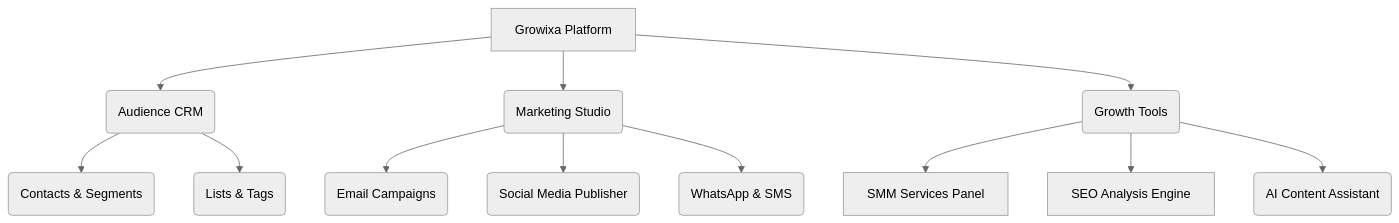
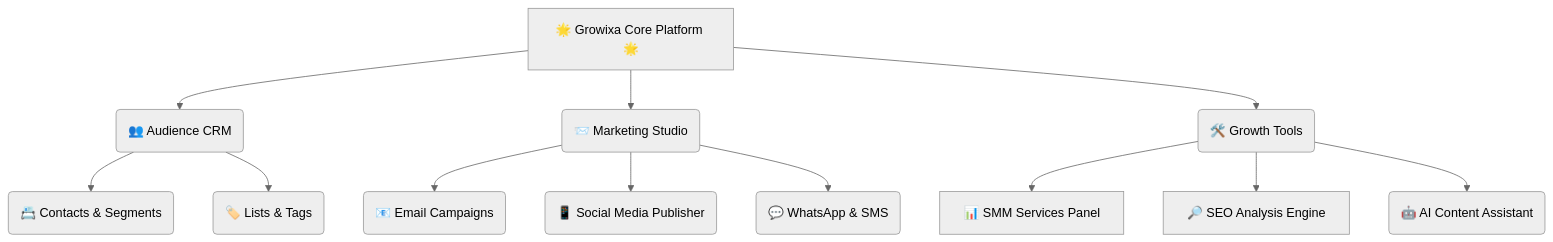
Before and after one commit to Itssushmasharma/growixa_project: the diagram in README.md, drawn with Mermaid (neutral theme). The commit also changed other lines of this file, not shown here.

````diff
--- a/README.md
+++ b/README.md
@@ -12,17 +13,17 @@
 ```mermaid
 graph TD
-    A[Growixa Platform] --> B(Audience CRM)
-    A --> C(Marketing Studio)
-    A --> D(Growth Tools)
+    A[🌟 Growixa Core Platform 🌟] --> B(👥 Audience CRM)
+    A --> C(📨 Marketing Studio)
+    A --> D(🛠️ Growth Tools)
     
-    B --> B1(Contacts & Segments)
-    B --> B2(Lists & Tags)
+    B --> B1(📇 Contacts & Segments)
+    B --> B2(🏷️ Lists & Tags)
     
-    C --> C1(Email Campaigns)
-    C --> C2(Social Media Publisher)
-    C --> C3(WhatsApp & SMS)
+    C --> C1(📧 Email Campaigns)
+    C --> C2(📱 Social Media Publisher)
+    C --> C3(💬 WhatsApp & SMS)
     
-    D --> D1[SMM Services Panel]
-    D --> D2[SEO Analysis Engine]
-    D --> D3(AI Content Assistant)
+    D --> D1[📊 SMM Services Panel]
+    D --> D2[🔎 SEO Analysis Engine]
+    D --> D3(🤖 AI Content Assistant)
 ```
````
